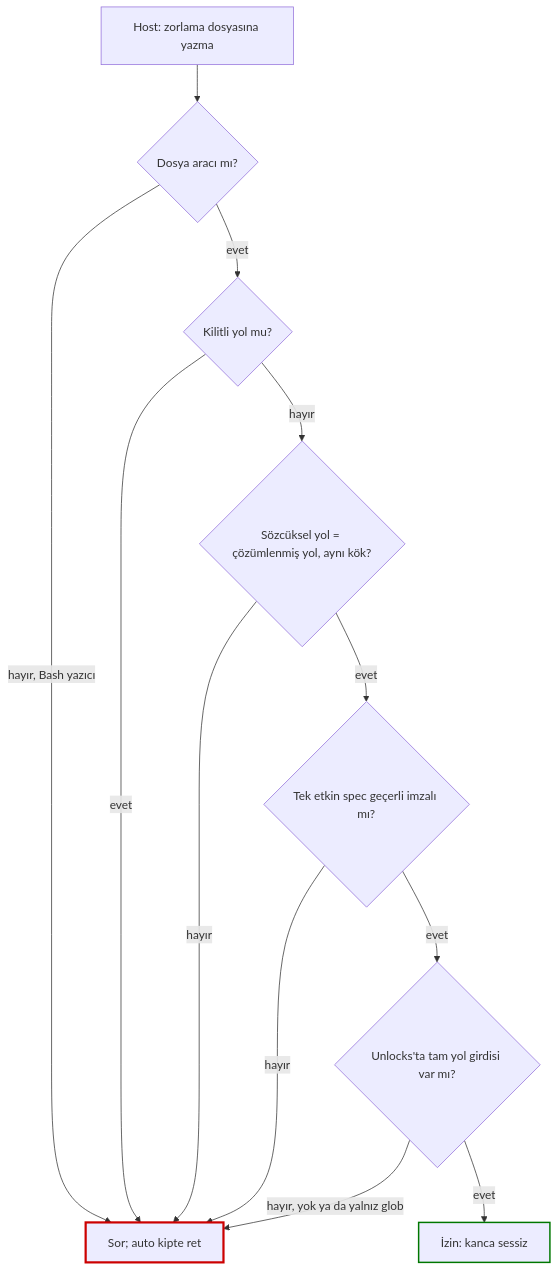
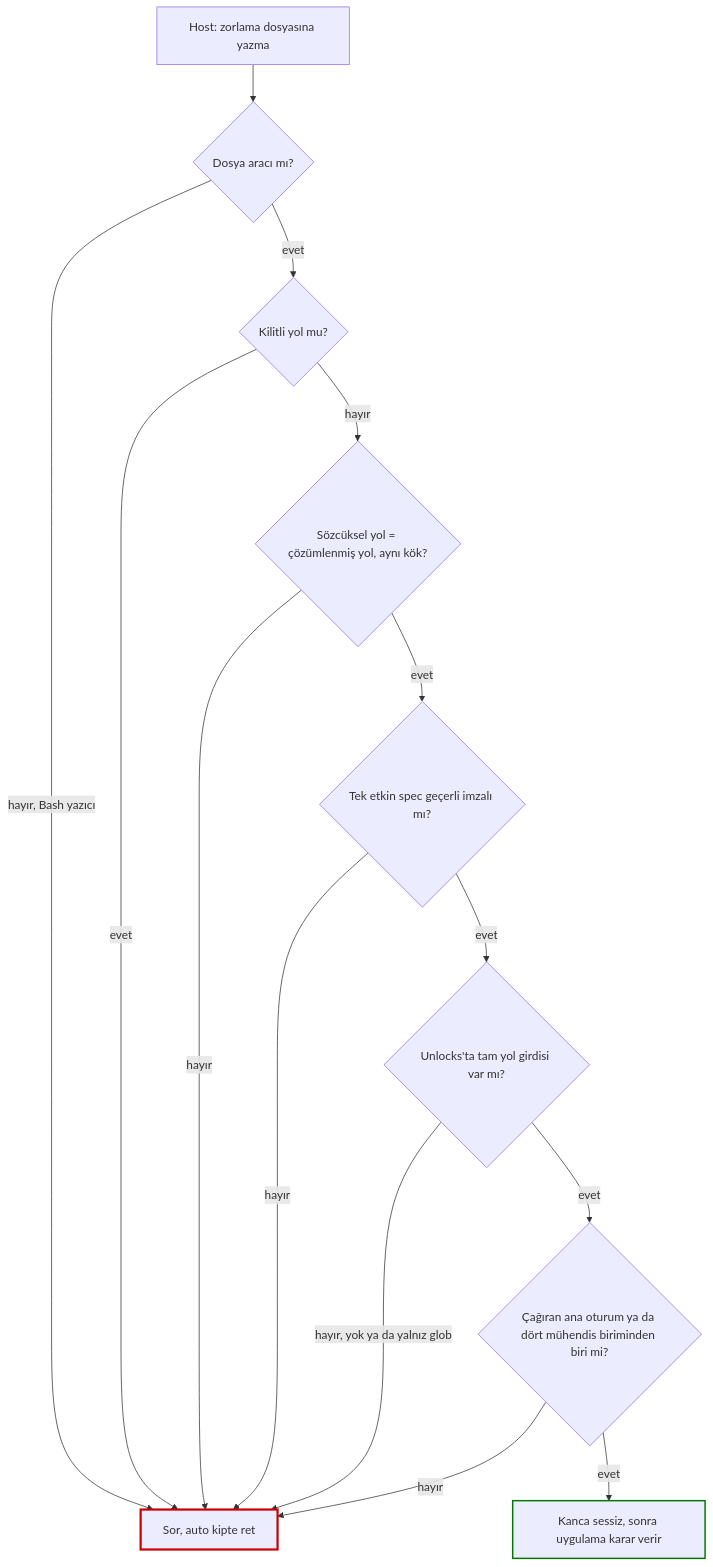
One commit to GktuOktay/claude-agency-v2 changed the second of 2 diagrams in docs/architecture/adr/0001-path-class-taxonomy.md. Above: the diagram before and after it, drawn with Mermaid. The commit also changed other lines of this file and 3 other files, not shown here.

````diff
--- a/docs/architecture/adr/0001-path-class-taxonomy.md
+++ b/docs/architecture/adr/0001-path-class-taxonomy.md
@@ -150,18 +156,20 @@
 ```mermaid
 flowchart TD
   A[Host: zorlama dosyasına yazma] --> B{Dosya aracı mı?}
-  B -- hayır, Bash yazıcı --> X[Sor; auto kipte ret]
+  B -- hayır, Bash yazıcı --> X[Sor, auto kipte ret]
   B -- evet --> C{Kilitli yol mu?}
   C -- evet --> X
   C -- hayır --> D{Sözcüksel yol = çözümlenmiş yol, aynı kök?}
   D -- hayır --> X
   D -- evet --> E{Tek etkin spec geçerli imzalı mı?}
   E -- hayır --> X
   E -- evet --> F{Unlocks'ta tam yol girdisi var mı?}
   F -- hayır, yok ya da yalnız glob --> X
-  F -- evet --> G[İzin: kanca sessiz]
+  F -- evet --> H{Çağıran ana oturum ya da dört mühendis biriminden biri mi?}
+  H -- hayır --> X
+  H -- evet --> G[Kanca sessiz, sonra uygulama karar verir]
   classDef ceo stroke:#c00,stroke-width:3px
   classDef auto stroke:#070,stroke-width:2px
   class X ceo
   class G auto
 ```
````
